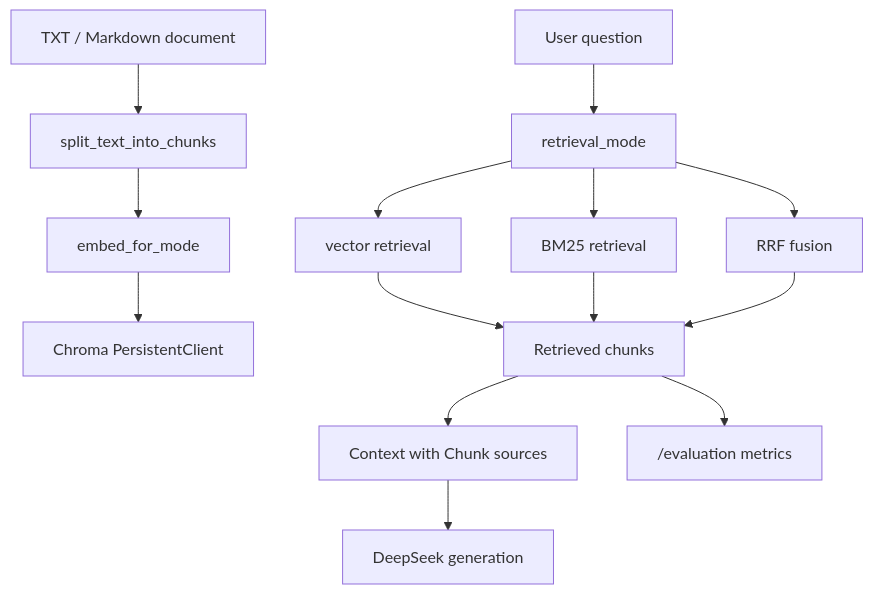
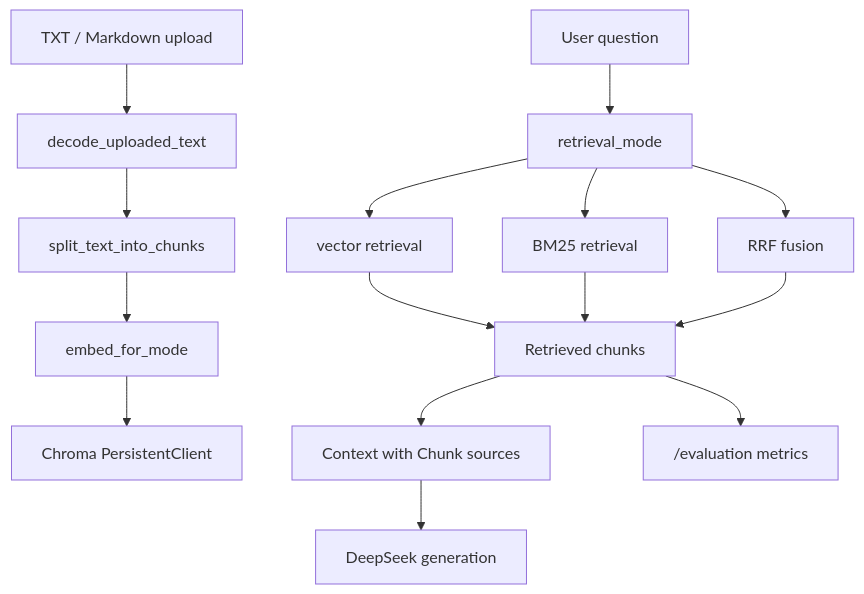
One commit to P1nkAndWh1te/python-learning-plan changed the diagram in 04_成果输出/rag-qa-system/ARCHITECTURE.md. Above: the diagram before and after it, drawn with Mermaid. The commit also changed other lines of this file and 13 other files, not shown here.

````diff
--- a/04_成果输出/rag-qa-system/ARCHITECTURE.md
+++ b/04_成果输出/rag-qa-system/ARCHITECTURE.md
@@ -46,16 +46,17 @@
 ```mermaid
 flowchart TD
-    A["TXT / Markdown document"] --> B["split_text_into_chunks"]
+    A["TXT / Markdown upload"] --> N["decode_uploaded_text"]
+    N --> B["split_text_into_chunks"]
     B --> C["embed_for_mode"]
     C --> D["Chroma PersistentClient"]
     E["User question"] --> F["retrieval_mode"]
     F --> G["vector retrieval"]
     F --> H["BM25 retrieval"]
     F --> I["RRF fusion"]
     G --> J["Retrieved chunks"]
     H --> J
     I --> J
     J --> K["Context with Chunk sources"]
     K --> L["DeepSeek generation"]
     J --> M["/evaluation metrics"]
 ```
````
